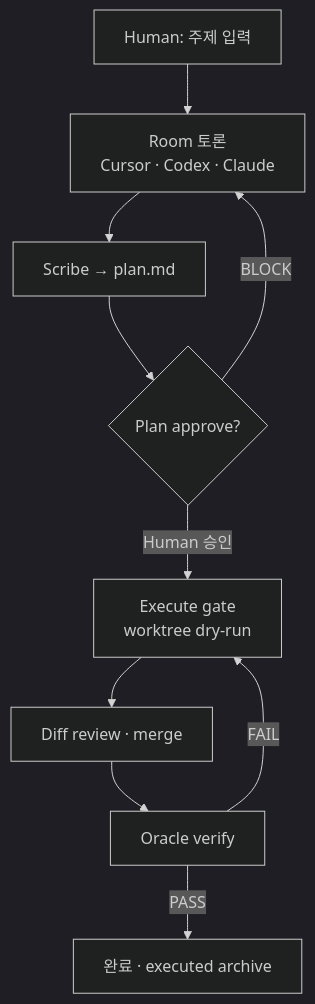
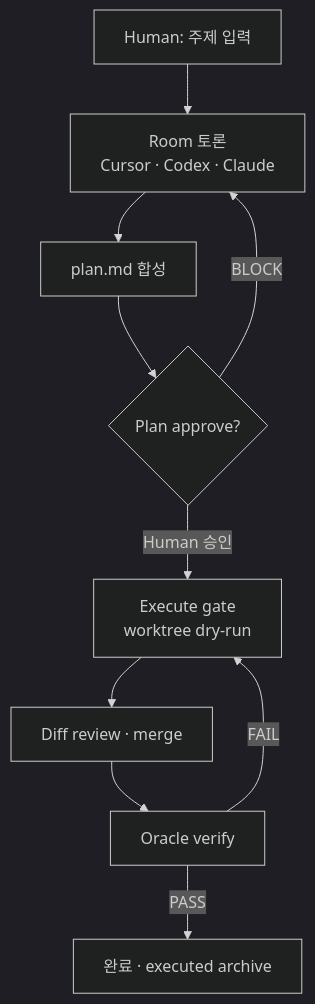
Before and after one commit to dbswhd/agent-lab: the diagram in README.md, drawn with Mermaid (dark theme). The commit also changed other lines of this file and 91 other files, not shown here.

First line of the commit message:
feat: verification lanes, console onboarding flow, and CI hardening

````diff
--- a/README.md
+++ b/README.md
@@ -78,12 +78,12 @@
 ```mermaid
 flowchart TB
   H[Human: 주제 입력] --> R[Room 토론\nCursor · Codex · Claude]
-  R --> S[Scribe → plan.md]
+  R --> S[plan.md 합성]
   S --> P{Plan approve?}
   P -->|Human 승인| E[Execute gate\nworktree dry-run]
   P -->|BLOCK| R
   E --> D[Diff review · merge]
   D --> O[Oracle verify]
   O -->|PASS| Done[완료 · executed archive]
   O -->|FAIL| E
 ```
````
